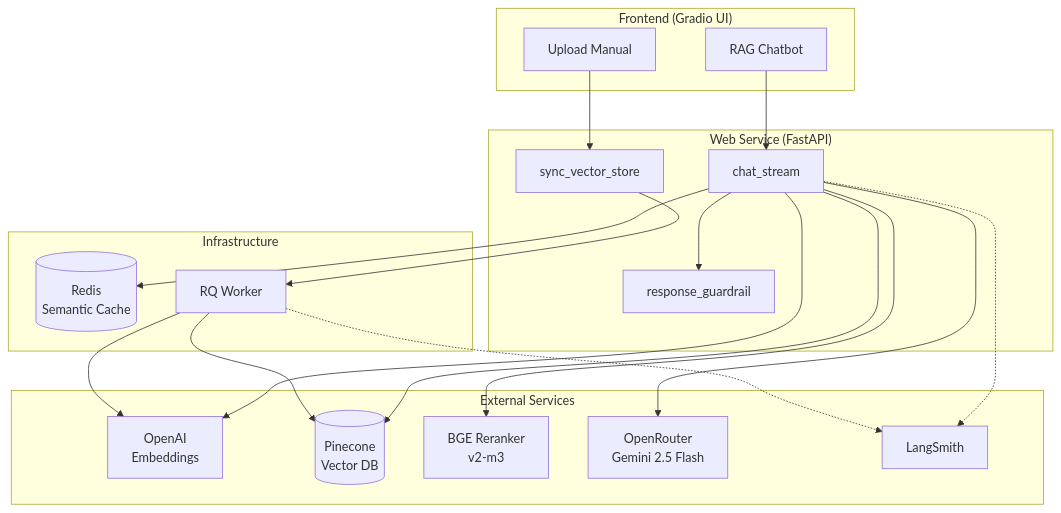
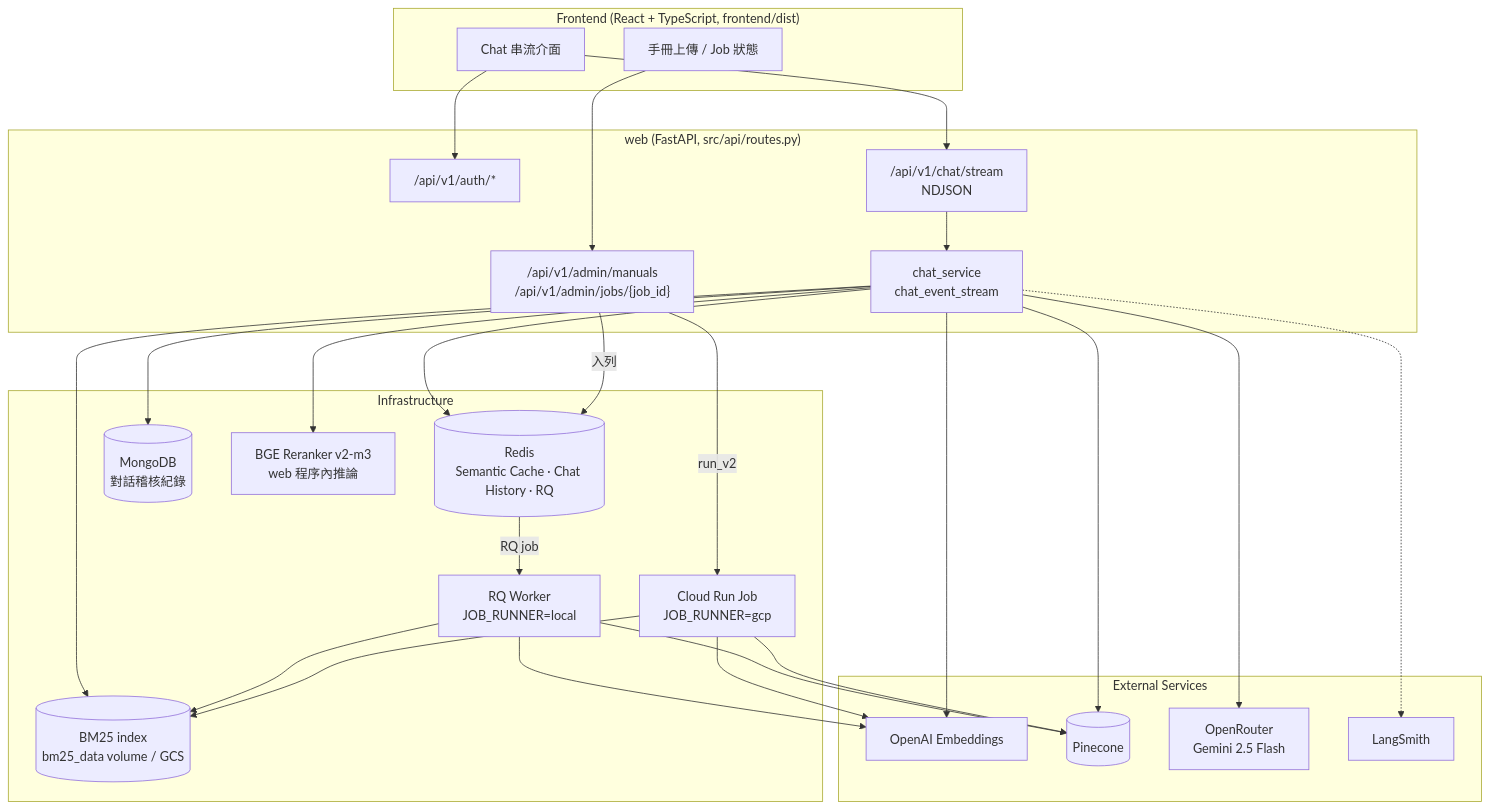
Before and after one commit to albertkingdom/rag-chatbot-demo: the first of 4 diagrams in architecture.md, drawn with Mermaid. The commit also changed other lines of this file and 4 other files, not shown here.

First line of the commit message:
docs: align architecture docs with current RAG implementation

````diff
--- a/architecture.md
+++ b/architecture.md
@@ -5,42 +5,53 @@
 ```mermaid
 flowchart TB
-    subgraph UI["Frontend (Gradio UI)"]
-        Chatbot[RAG Chatbot]
-        Upload[Upload Manual]
+    subgraph UI["Frontend (React + TypeScript, frontend/dist)"]
+        Chat[Chat 串流介面]
+        Upload[手冊上傳 / Job 狀態]
     end
 
-    subgraph Web["Web Service (FastAPI)"]
-        ChatStream[chat_stream]
-        SyncJob[sync_vector_store]
-        Guardrail[response_guardrail]
+    subgraph Web["web (FastAPI, src/api/routes.py)"]
+        Auth["/api/v1/auth/*"]
+        ChatAPI["/api/v1/chat/stream<br/>NDJSON"]
+        Admin["/api/v1/admin/manuals<br/>/api/v1/admin/jobs/{job_id}"]
+        ChatSvc[chat_service<br/>chat_event_stream]
     end
 
     subgraph Infra["Infrastructure"]
-        Redis[(Redis<br/>Semantic Cache)]
-        Worker[RQ Worker]
+        Redis[(Redis<br/>Semantic Cache · Chat History · RQ)]
+        Worker[RQ Worker<br/>JOB_RUNNER=local]
+        CRJob[Cloud Run Job<br/>JOB_RUNNER=gcp]
+        Mongo[(MongoDB<br/>對話稽核紀錄)]
+        BM25[(BM25 index<br/>bm25_data volume / GCS)]
+        Reranker[BGE Reranker v2-m3<br/>web 程序內推論]
     end
 
     subgraph External["External Services"]
-        OpenAI[OpenAI<br/>Embeddings]
-        Pinecone[(Pinecone<br/>Vector DB)]
-        HuggingFace[BGE Reranker<br/>v2-m3]
+        OpenAI[OpenAI Embeddings]
+        Pinecone[(Pinecone)]
         OpenRouter[OpenRouter<br/>Gemini 2.5 Flash]
         LangSmith[LangSmith]
     end
 
-    Chatbot --> ChatStream
-    Upload --> SyncJob
+    Chat --> Auth
+    Chat --> ChatAPI --> ChatSvc
+    Upload --> Admin
 
-    ChatStream --> Redis
-    ChatStream --> OpenAI
-    ChatStream --> Pinecone
-    ChatStream --> HuggingFace
-    ChatStream --> OpenRouter
-    ChatStream --> Guardrail
-    ChatStream -.-> LangSmith
+    ChatSvc --> Redis
+    ChatSvc --> Mongo
+    ChatSvc --> BM25
+    ChatSvc --> OpenAI
+    ChatSvc --> Pinecone
+    ChatSvc --> Reranker
+    ChatSvc --> OpenRouter
+    ChatSvc -.-> LangSmith
 
-    SyncJob --> Worker
+    Admin -- 入列 --> Redis
+    Redis -- RQ job --> Worker
+    Admin -- run_v2 --> CRJob
     Worker --> OpenAI
     Worker --> Pinecone
-    Worker -.-> LangSmith
+    Worker --> BM25
+    CRJob --> OpenAI
+    CRJob --> Pinecone
+    CRJob --> BM25
 ```
````
